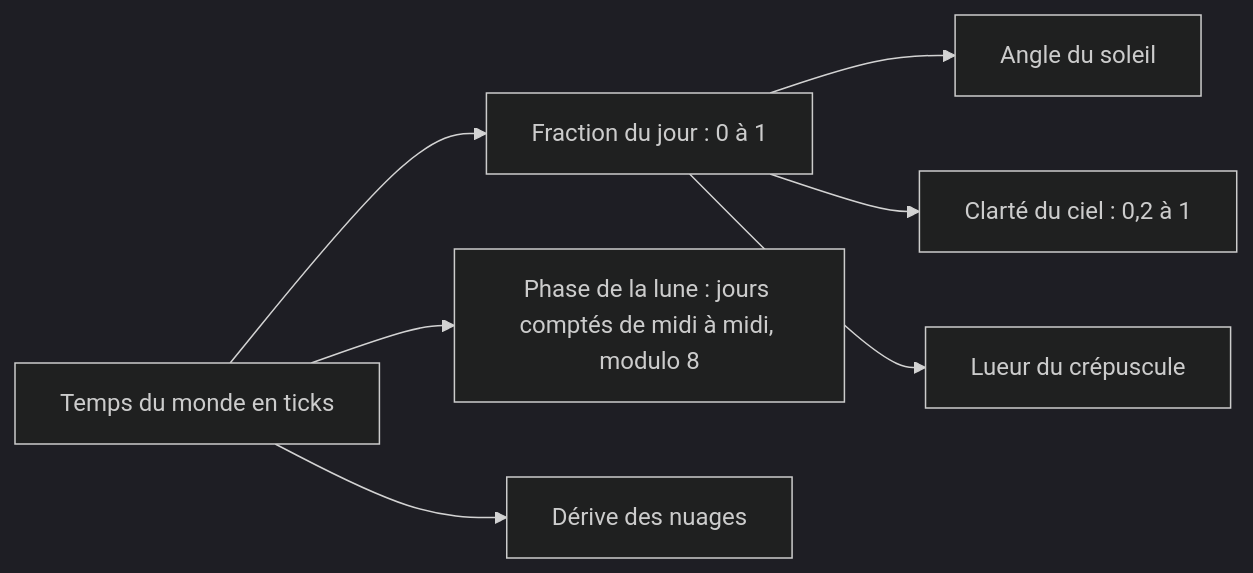
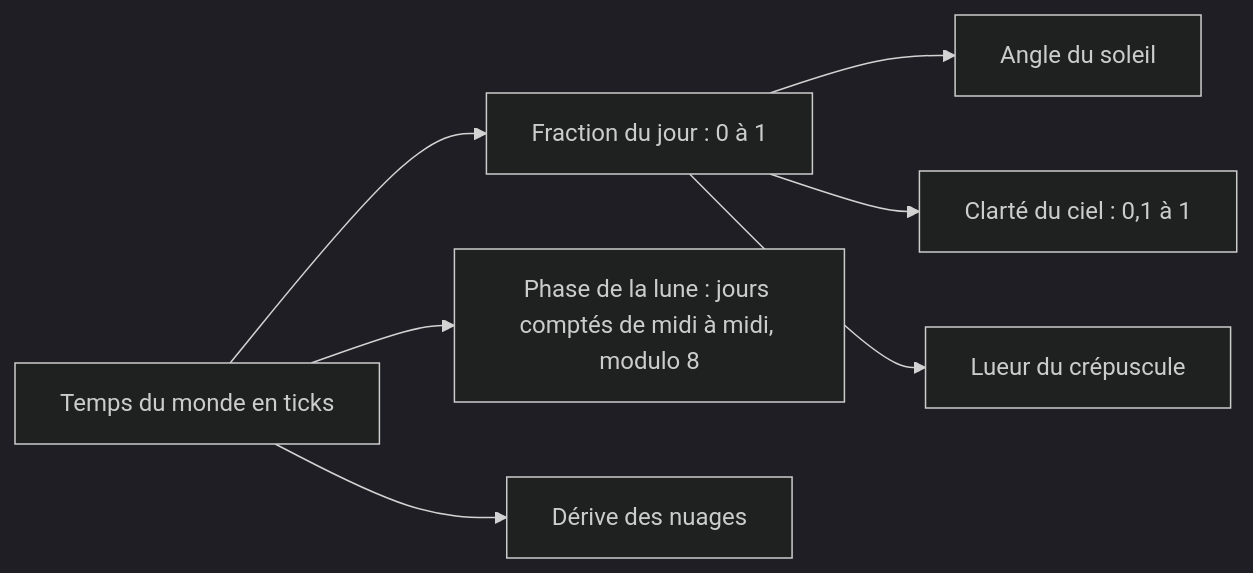
Before and after one commit to SinfulDice/strata-mundi: the diagram in docs/explications/jour-nuit-et-ciel.md, drawn with Mermaid (dark theme). The commit also changed other lines of this file and 6 other files, not shown here.

````diff
--- a/docs/explications/jour-nuit-et-ciel.md
+++ b/docs/explications/jour-nuit-et-ciel.md
@@ -15,9 +15,9 @@
 ```mermaid
 graph LR
     T[Temps du monde en ticks] --> F[Fraction du jour : 0 à 1]
     F --> S[Angle du soleil]
-    F --> L[Clarté du ciel : 0,2 à 1]
+    F --> L[Clarté du ciel : 0,1 à 1]
     F --> G[Lueur du crépuscule]
     T --> P[Phase de la lune : jours comptés de midi à midi, modulo 8]
     T --> N[Dérive des nuages]
 ```
````
